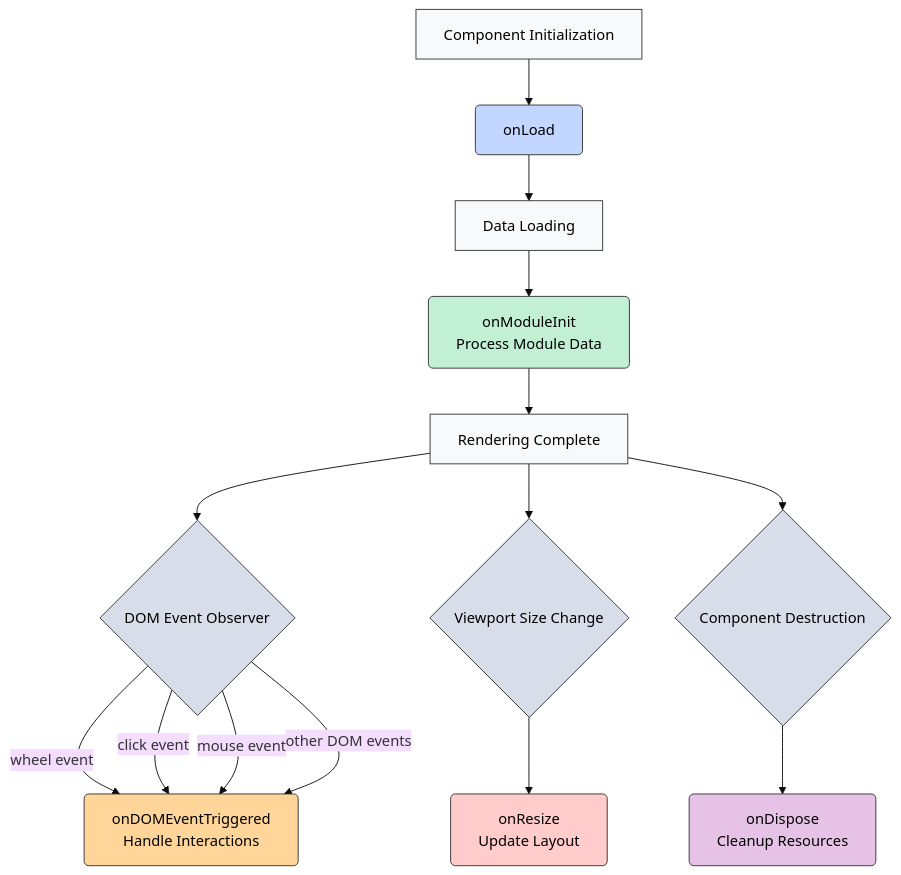
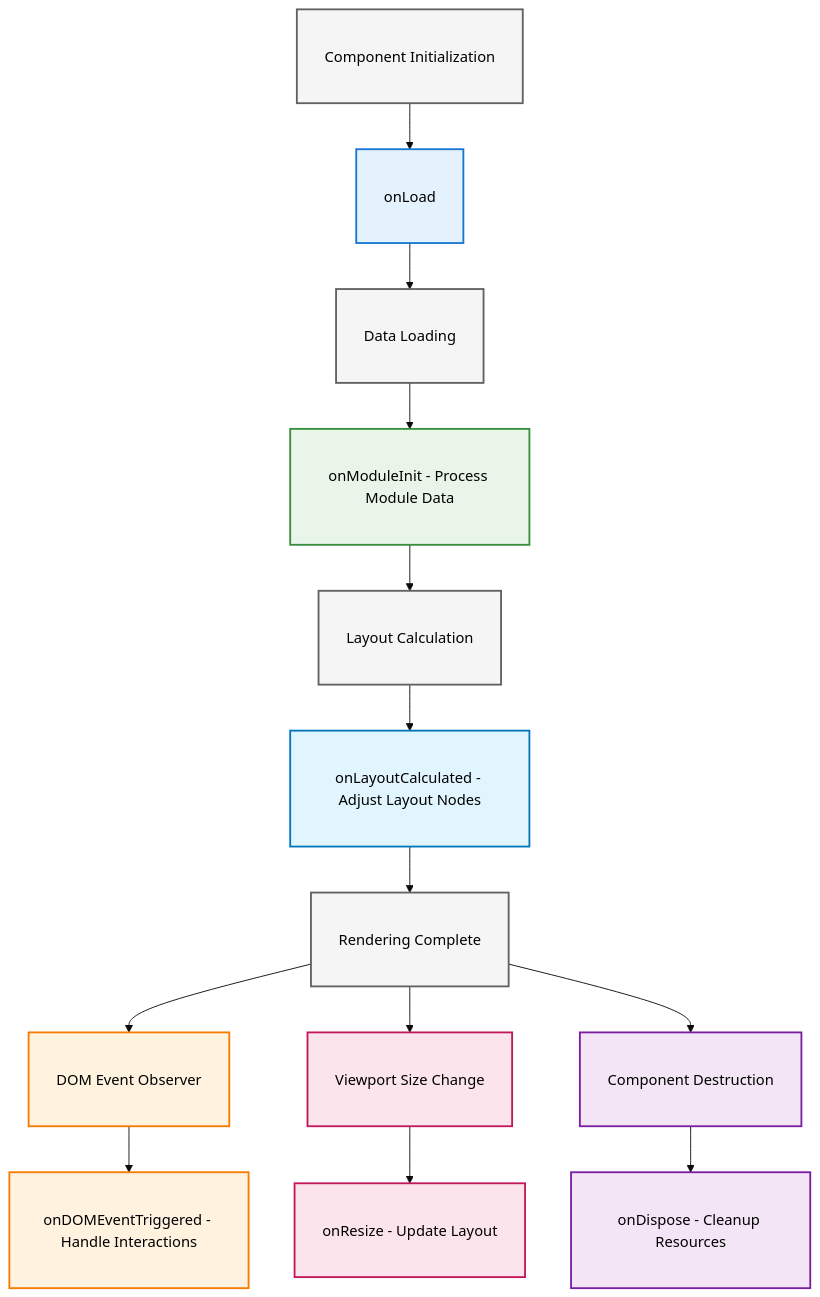
One commit to nonzzz/squarified changed the diagram in docs/plugins.md. Above: the diagram before and after it, drawn with Mermaid (base theme). The commit also changed 13 other files, not shown here.

````diff
--- a/docs/plugins.md
+++ b/docs/plugins.md
@@ -34,37 +34,34 @@
 ```mermaid
 graph TD
     A[Component Initialization] --> B[onLoad]
     B --> C[Data Loading]
-    C --> D[onModuleInit<br>Process Module Data]
-    D --> E[Rendering Complete]
+    C --> D[onModuleInit - Process Module Data]
+    D --> E[Layout Calculation]
+    E --> F[onLayoutCalculated - Adjust Layout Nodes]
+    F --> G[Rendering Complete]
     
-    E --> F{DOM Event Observer}
-    F -->|wheel event| G[onDOMEventTriggered<br>Handle Interactions]
-    F -->|click event| G
-    F -->|mouse event| G
-    F -->|other DOM events| G
+    G --> H[DOM Event Observer]
+    H --> I[onDOMEventTriggered - Handle Interactions]
     
-    E --> H{Viewport Size Change}
-    H --> I[onResize<br>Update Layout]
+    G --> J[Viewport Size Change]
+    J --> K[onResize - Update Layout]
     
-    E --> J{Component Destruction}
-    J --> K[onDispose<br>Cleanup Resources]
+    G --> L[Component Destruction]
+    L --> M[onDispose - Cleanup Resources]
     
-    %% Define custom styles with better contrast
-    classDef initHook fill:#c2d6ff,stroke:#333,rx:5,ry:5,color:black
-    classDef dataHook fill:#c2f0d5,stroke:#333,rx:5,ry:5,color:black
-    classDef eventHook fill:#ffd599,stroke:#333,rx:5,ry:5,color:black
-    classDef layoutHook fill:#ffcccb,stroke:#333,rx:5,ry:5,color:black
-    classDef cleanupHook fill:#e6c3e6,stroke:#333,rx:5,ry:5,color:black
-    classDef normalNode fill:#f8f9fa,stroke:#333,color:black
-    classDef decisionNode fill:#d8dee9,stroke:#333,rx:8,ry:8,color:black
+    classDef init fill:#e3f2fd,stroke:#1976d2,stroke-width:2px,color:#000,padding:8px 20px
+    classDef data fill:#e8f5e8,stroke:#388e3c,stroke-width:2px,color:#000,padding:8px 20px
+    classDef layout fill:#e1f5fe,stroke:#0277bd,stroke-width:2px,color:#000,padding:8px 20px
+    classDef event fill:#fff3e0,stroke:#f57c00,stroke-width:2px,color:#000,padding:8px 20px
+    classDef resize fill:#fce4ec,stroke:#c2185b,stroke-width:2px,color:#000,padding:8px 20px
+    classDef cleanup fill:#f3e5f5,stroke:#7b1fa2,stroke-width:2px,color:#000,padding:8px 20px
+    classDef normal fill:#f5f5f5,stroke:#616161,stroke-width:2px,color:#000,padding:8px 20px
     
-    %% Apply styles to specific nodes
-    class B initHook
-    class D dataHook
-    class G eventHook
-    class I layoutHook
-    class K cleanupHook
-    class A,C,E normalNode
-    class F,H,J decisionNode
+    class A,C,E,G normal
+    class B init
+    class D data
+    class F layout
+    class H,I event
+    class J,K resize
+    class L,M cleanup
 ```
````
